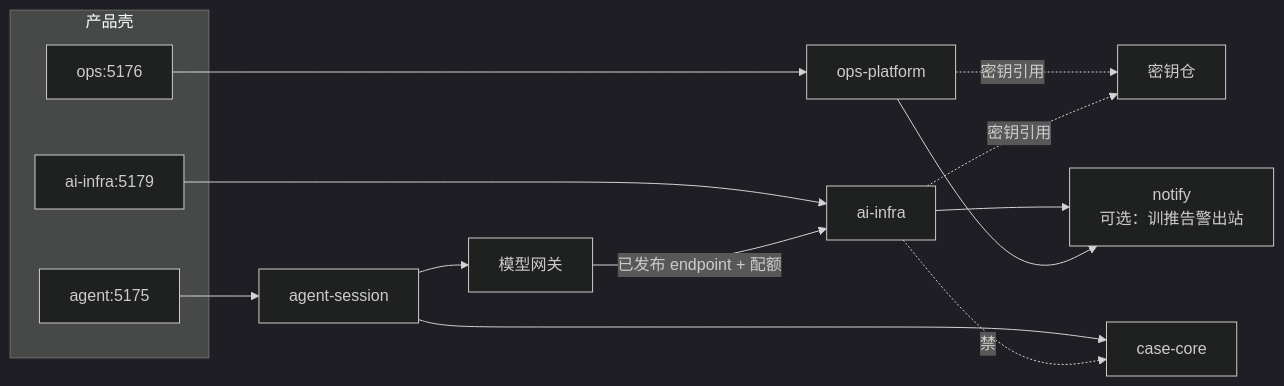
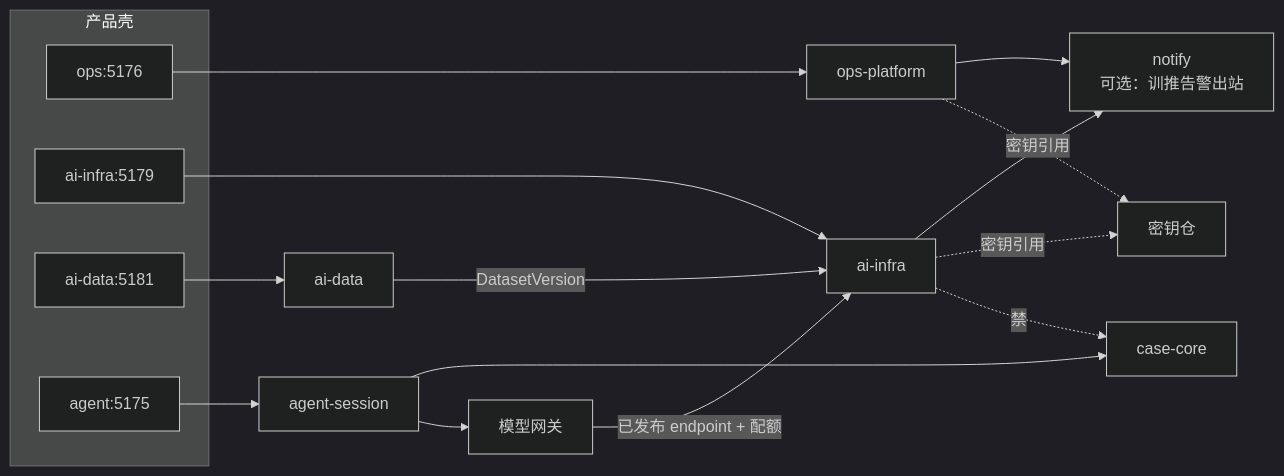
The diagram in docs/architecture/ai-infra/topology.md (Yapeng-Gao/ip-harness), drawn with Mermaid (dark theme) before and after one commit. The commit also changed other lines of this file and 11 other files, not shown here.

First line of the commit message:
docs(architecture): add AI Data plane (≠ ops/ai-infra/case-core)

````diff
--- a/docs/architecture/ai-infra/topology.md
+++ b/docs/architecture/ai-infra/topology.md
@@ -8,19 +8,22 @@
 ```mermaid
 flowchart LR
   subgraph shells["产品壳"]
     ops["ops:5176"]
     aiui["ai-infra:5179"]
+    dataui["ai-data:5181"]
     agent["agent:5175"]
   end
   ops --> opsApi["ops-platform"]
   aiui --> aiApi["ai-infra"]
+  dataui --> dataApi["ai-data"]
+  dataApi -->|"DatasetVersion"| aiApi
   agent --> asess["agent-session"]
   asess --> gw["模型网关"]
   gw -->|"已发布 endpoint + 配额"| aiApi
   asess --> core["case-core"]
   aiApi -.->|"禁"| core
   opsApi -.->|"密钥引用"| vault["密钥仓"]
   aiApi -.->|"密钥引用"| vault
   aiApi --> ntf["notify\n可选：训推告警出站"]
   opsApi --> ntf
 ```
````
